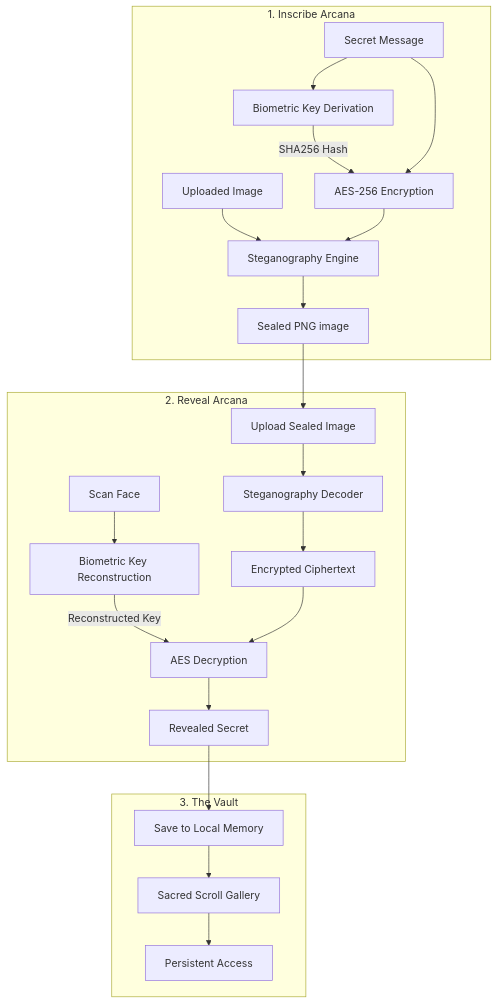
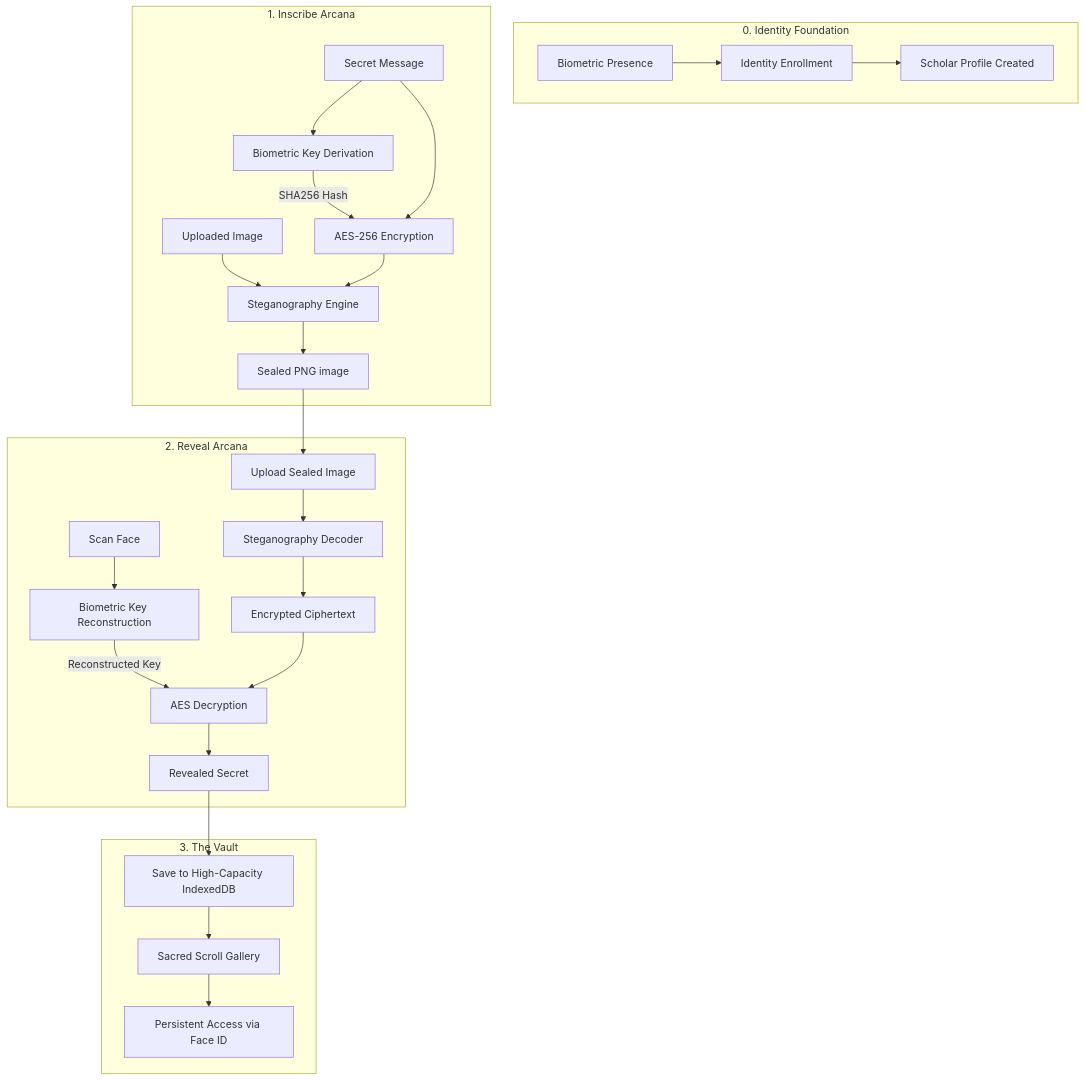
Before and after one commit to AbradolfLincler-c137/CanvasofSecrets: the diagram in README.md, drawn with Mermaid. The commit also changed other lines of this file and 10 other files, not shown here.

Commit message:
Identity & Performance Overhaul: Rebranded to Passwordless Future, added Biometric Login and Scholar Profiles, and migrated to IndexedDB storage.

````diff
--- a/README.md
+++ b/README.md
@@ -9,27 +9,32 @@
 ```mermaid
 graph TD
+    subgraph ENROLL_PHASE [0. Identity Foundation]
+        Z[Biometric Presence] --> Y[Identity Enrollment]
+        Y --> X[Scholar Profile Created]
+    end
+
     subgraph INSCRIBE_PHASE [1. Inscribe Arcana]
         A[Secret Message] --> C[Biometric Key Derivation]
         B[Uploaded Image] --> D[Steganography Engine]
         C -->|SHA256 Hash| E[AES-256 Encryption]
         A --> E
         E --> D
         D --> F[Sealed PNG image]
     end
 
     subgraph REVEAL_PHASE [2. Reveal Arcana]
         F --> G[Upload Sealed Image]
         H[Scan Face] --> I[Biometric Key Reconstruction]
         G --> J[Steganography Decoder]
         J --> K[Encrypted Ciphertext]
         I -->|Reconstructed Key| L[AES Decryption]
         K --> L
         L --> M[Revealed Secret]
     end
 
     subgraph VAULT_PHASE [3. The Vault]
-        M --> N[Save to Local Memory]
+        M --> N[Save to High-Capacity IndexedDB]
         N --> O[Sacred Scroll Gallery]
-        O --> P[Persistent Access]
+        O --> P[Persistent Access via Face ID]
     end
 ```
````
